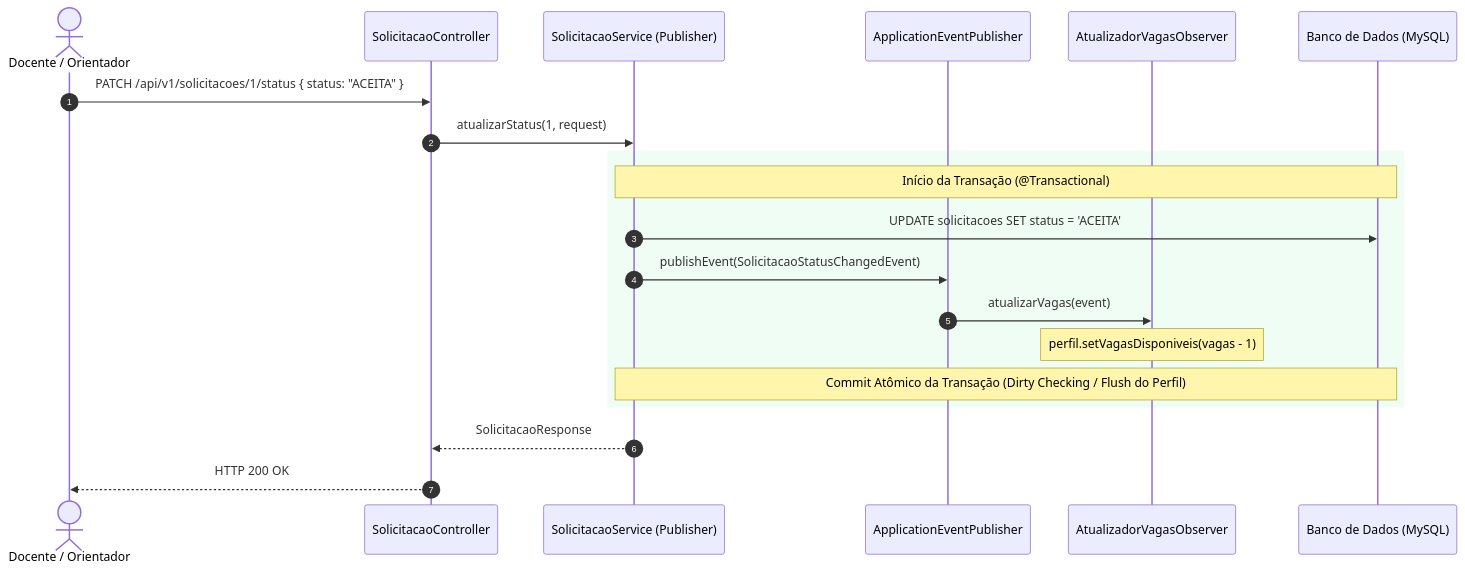
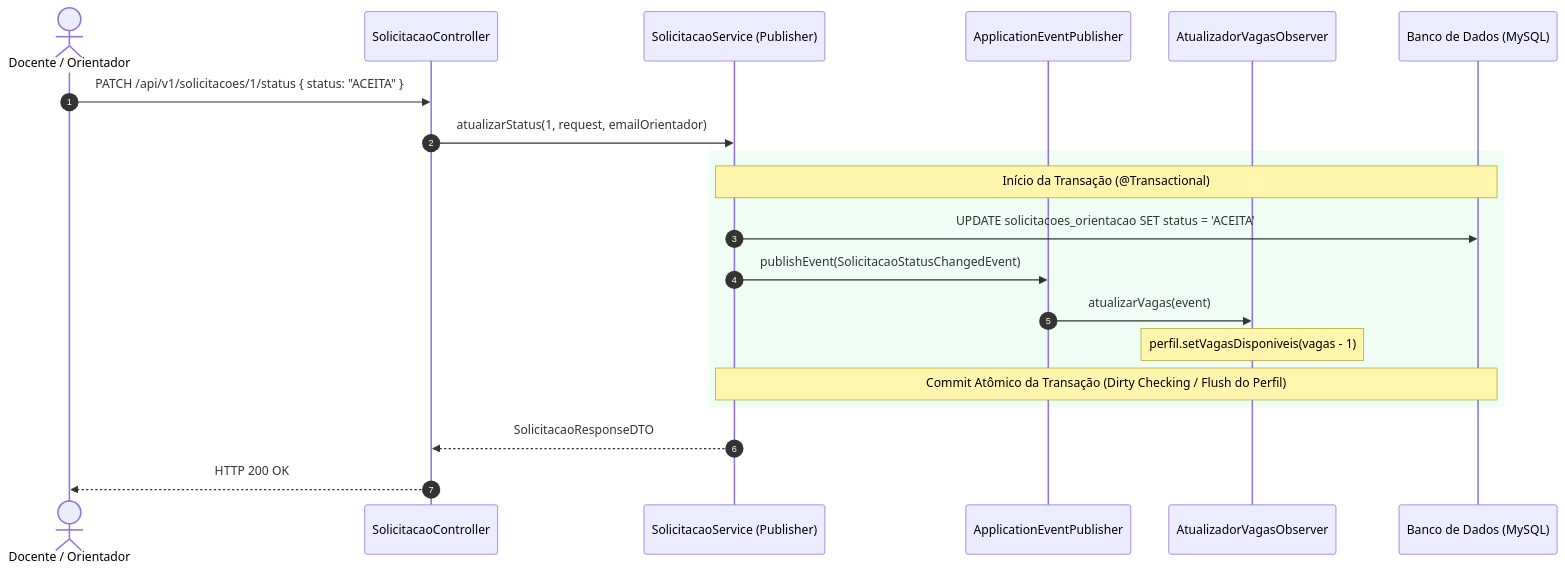
One commit to IFSC-ES2/es2-2026_2-equipe-3 changed the third of 3 diagrams in docs/PADROES-DE-PROJETO.md. Above: the diagram before and after it, drawn with Mermaid. The commit also changed other lines of this file and 1 other file, not shown here.

````diff
--- a/docs/PADROES-DE-PROJETO.md
+++ b/docs/PADROES-DE-PROJETO.md
@@ -356,26 +308,26 @@
 ```mermaid
 sequenceDiagram
     autonumber
     actor Orientador as Docente / Orientador
     participant Controller as SolicitacaoController
     participant Service as SolicitacaoService (Publisher)
     participant Publisher as ApplicationEventPublisher
     participant ObsVagas as AtualizadorVagasObserver
     participant DB as Banco de Dados (MySQL)
 
     Orientador ->> Controller: PATCH /api/v1/solicitacoes/1/status { status: "ACEITA" }
-    Controller ->> Service: atualizarStatus(1, request)
+    Controller ->> Service: atualizarStatus(1, request, emailOrientador)
 
     rect rgb(240, 253, 244)
         note over Service, DB: Início da Transação (@Transactional)
-        Service ->> DB: UPDATE solicitacoes SET status = 'ACEITA'
+        Service ->> DB: UPDATE solicitacoes_orientacao SET status = 'ACEITA'
         Service ->> Publisher: publishEvent(SolicitacaoStatusChangedEvent)
 
         Publisher ->> ObsVagas: atualizarVagas(event)
         note over ObsVagas: perfil.setVagasDisponiveis(vagas - 1)
         note over Service, DB: Commit Atômico da Transação (Dirty Checking / Flush do Perfil)
     end
 
-    Service -->> Controller: SolicitacaoResponse
+    Service -->> Controller: SolicitacaoResponseDTO
     Controller -->> Orientador: HTTP 200 OK
 ```
````
